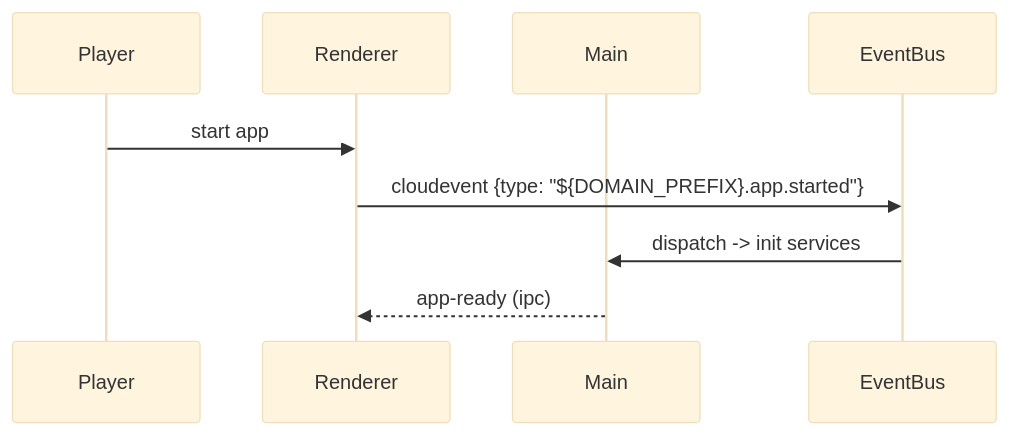
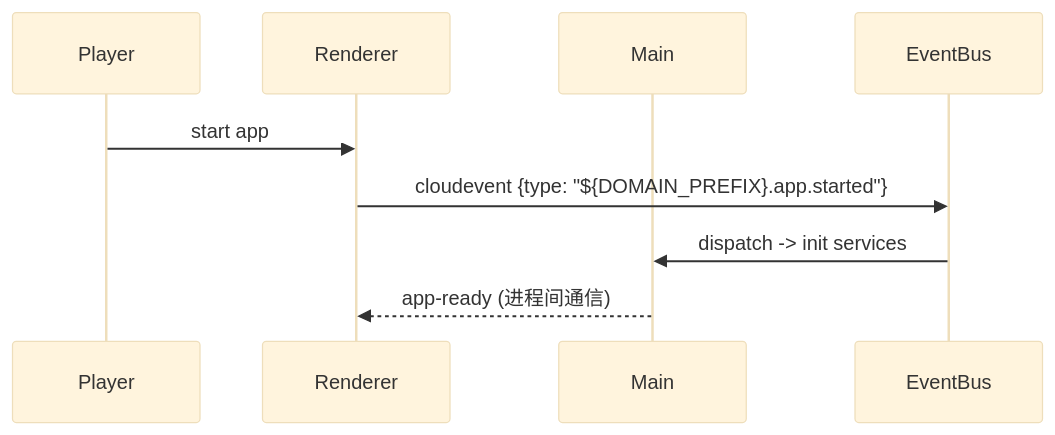
One commit to skyoxu/rouge changed the third of 3 diagrams in docs/architecture/base/04-system-context-c4-event-flows-v2.md. Above: the diagram before and after it, drawn with Mermaid (base theme). The commit also changed other lines of this file and 96 other files, not shown here.

Commit message:
docs(architecture): converge base/ADR docs and add PRD-rouge-manager overlays

````diff
--- a/docs/architecture/base/04-system-context-c4-event-flows-v2.md
+++ b/docs/architecture/base/04-system-context-c4-event-flows-v2.md
@@ -178,11 +178,11 @@
 ```mermaid
 sequenceDiagram
   participant Player
   participant UI as Renderer
   participant Main
   participant Bus as EventBus
   Player->>UI: start app
   UI->>Bus: cloudevent {type: "${DOMAIN_PREFIX}.app.started"}
   Bus->>Main: dispatch -> init services
-  Main-->>UI: app-ready (ipc)
+  Main-->>UI: app-ready (进程间通信)
 ```
````
